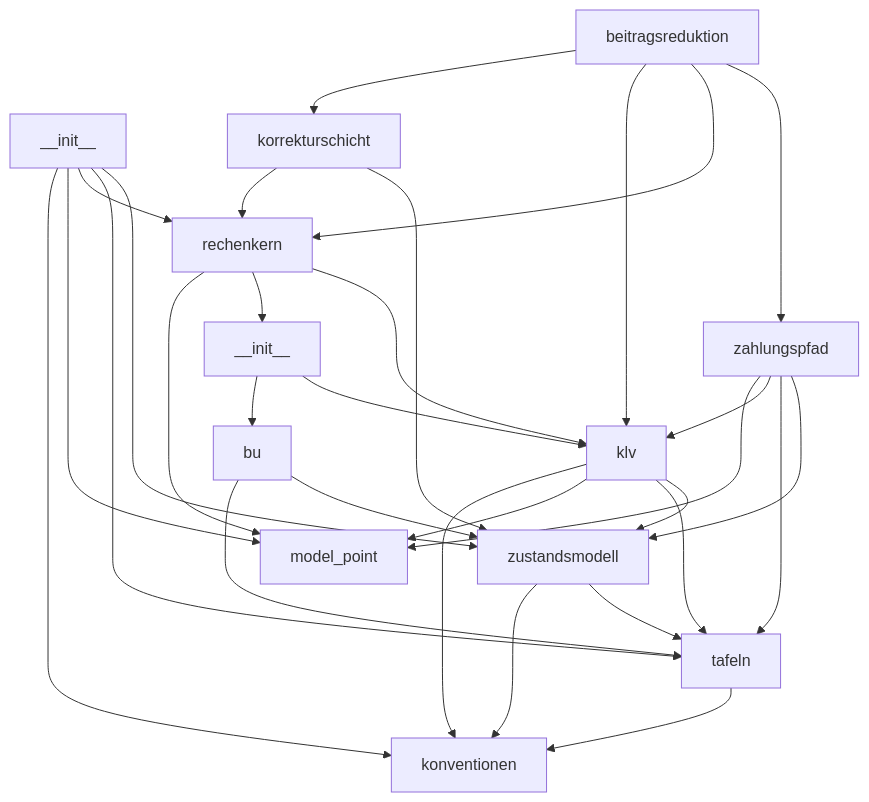
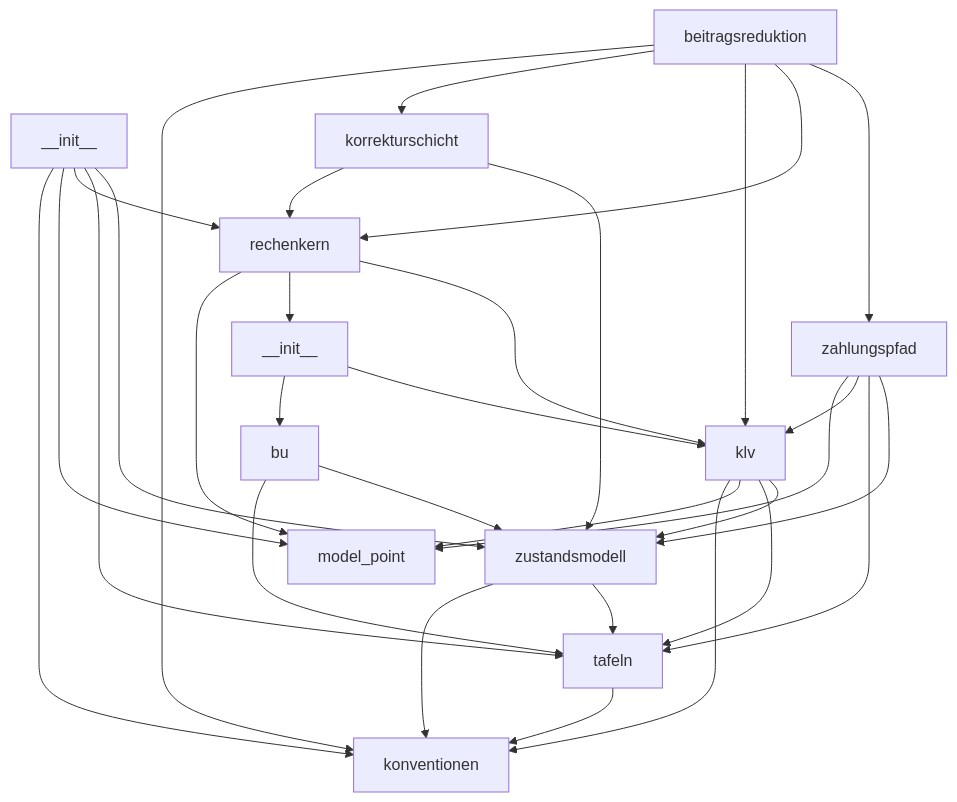
Before and after one commit to bartlmac/rechner-pipeline: the third of 3 diagrams in docs/architektur/landkarte.md, drawn with Mermaid. The commit also changed 25 other files, not shown here.

````diff
--- a/docs/architektur/landkarte.md
+++ b/docs/architektur/landkarte.md
@@ -108,45 +108,46 @@
 ```mermaid
 %% kern — erzeugt von ontologie.landkarte
 flowchart TD
     rechner_pipeline_kern___init___py["__init__"]
     rechner_pipeline_kern_beitragsreduktion_py["beitragsreduktion"]
     rechner_pipeline_kern_konventionen_py["konventionen"]
     rechner_pipeline_kern_korrekturschicht_py["korrekturschicht"]
     rechner_pipeline_kern_model_point_py["model_point"]
     rechner_pipeline_kern_produkte___init___py["__init__"]
     rechner_pipeline_kern_produkte_bu_py["bu"]
     rechner_pipeline_kern_produkte_klv_py["klv"]
     rechner_pipeline_kern_rechenkern_py["rechenkern"]
     rechner_pipeline_kern_tafeln_py["tafeln"]
     rechner_pipeline_kern_zahlungspfad_py["zahlungspfad"]
     rechner_pipeline_kern_zustandsmodell_py["zustandsmodell"]
     rechner_pipeline_kern___init___py --> rechner_pipeline_kern_konventionen_py
     rechner_pipeline_kern___init___py --> rechner_pipeline_kern_model_point_py
     rechner_pipeline_kern___init___py --> rechner_pipeline_kern_rechenkern_py
     rechner_pipeline_kern___init___py --> rechner_pipeline_kern_tafeln_py
     rechner_pipeline_kern___init___py --> rechner_pipeline_kern_zustandsmodell_py
+    rechner_pipeline_kern_beitragsreduktion_py --> rechner_pipeline_kern_konventionen_py
     rechner_pipeline_kern_beitragsreduktion_py --> rechner_pipeline_kern_korrekturschicht_py
     rechner_pipeline_kern_beitragsreduktion_py --> rechner_pipeline_kern_produkte_klv_py
     rechner_pipeline_kern_beitragsreduktion_py --> rechner_pipeline_kern_rechenkern_py
     rechner_pipeline_kern_beitragsreduktion_py --> rechner_pipeline_kern_zahlungspfad_py
     rechner_pipeline_kern_korrekturschicht_py --> rechner_pipeline_kern_rechenkern_py
     rechner_pipeline_kern_korrekturschicht_py --> rechner_pipeline_kern_zustandsmodell_py
     rechner_pipeline_kern_produkte___init___py --> rechner_pipeline_kern_produkte_bu_py
     rechner_pipeline_kern_produkte___init___py --> rechner_pipeline_kern_produkte_klv_py
     rechner_pipeline_kern_produkte_bu_py --> rechner_pipeline_kern_tafeln_py
     rechner_pipeline_kern_produkte_bu_py --> rechner_pipeline_kern_zustandsmodell_py
     rechner_pipeline_kern_produkte_klv_py --> rechner_pipeline_kern_konventionen_py
     rechner_pipeline_kern_produkte_klv_py --> rechner_pipeline_kern_model_point_py
     rechner_pipeline_kern_produkte_klv_py --> rechner_pipeline_kern_tafeln_py
     rechner_pipeline_kern_produkte_klv_py --> rechner_pipeline_kern_zustandsmodell_py
     rechner_pipeline_kern_rechenkern_py --> rechner_pipeline_kern_model_point_py
     rechner_pipeline_kern_rechenkern_py --> rechner_pipeline_kern_produkte___init___py
     rechner_pipeline_kern_rechenkern_py --> rechner_pipeline_kern_produkte_klv_py
     rechner_pipeline_kern_tafeln_py --> rechner_pipeline_kern_konventionen_py
     rechner_pipeline_kern_zahlungspfad_py --> rechner_pipeline_kern_model_point_py
     rechner_pipeline_kern_zahlungspfad_py --> rechner_pipeline_kern_produkte_klv_py
     rechner_pipeline_kern_zahlungspfad_py --> rechner_pipeline_kern_tafeln_py
     rechner_pipeline_kern_zahlungspfad_py --> rechner_pipeline_kern_zustandsmodell_py
     rechner_pipeline_kern_zustandsmodell_py --> rechner_pipeline_kern_konventionen_py
     rechner_pipeline_kern_zustandsmodell_py --> rechner_pipeline_kern_tafeln_py
 ```
````
